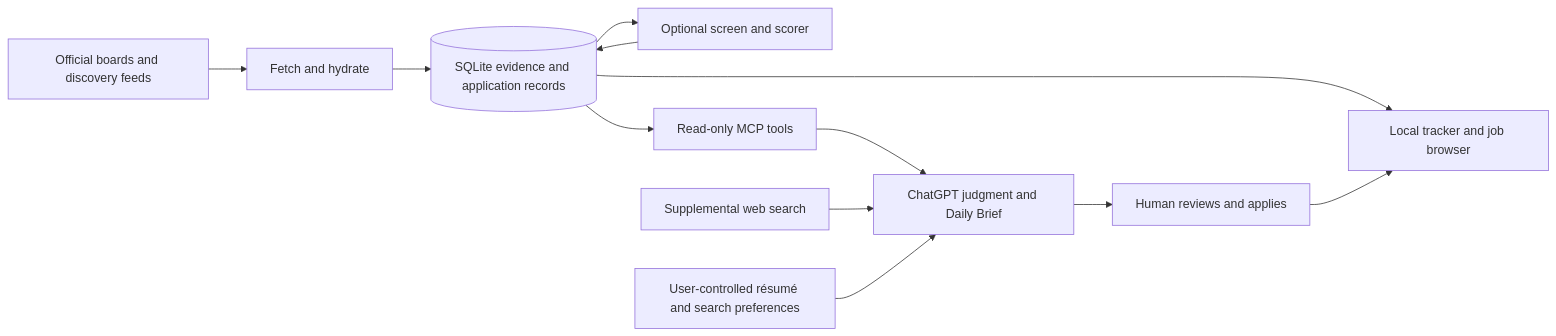
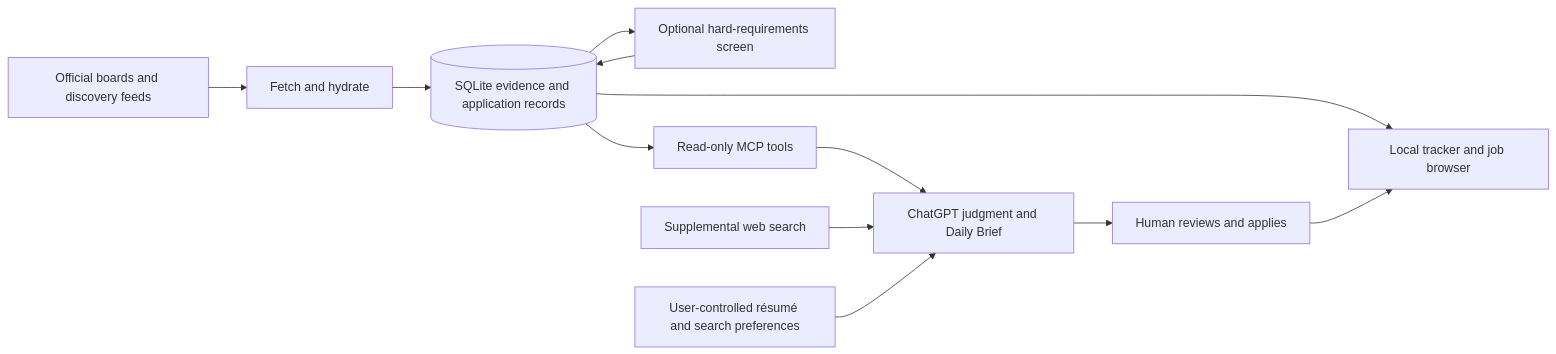
The diagram in docs/ARCHITECTURE.md (drink970082/job-matchbook), drawn with Mermaid before and after one commit. The commit also changed other lines of this file and 78 other files, not shown here.

````diff
--- a/docs/ARCHITECTURE.md
+++ b/docs/ARCHITECTURE.md
@@ -19,14 +19,14 @@
 ```mermaid
 flowchart LR
     Sources[Official boards and discovery feeds] --> Fetch[Fetch and hydrate]
     Fetch --> DB[(SQLite evidence and application records)]
     DB --> UI[Local tracker and job browser]
-    DB --> Assist[Optional screen and scorer]
+    DB --> Assist[Optional hard-requirements screen]
     Assist --> DB
     DB --> MCP[Read-only MCP tools]
     MCP --> Chat[ChatGPT judgment and Daily Brief]
     Web[Supplemental web search] --> Chat
     Profile[User-controlled résumé and search preferences] --> Chat
     Chat --> Human[Human reviews and applies]
     Human --> UI
 ```
````
